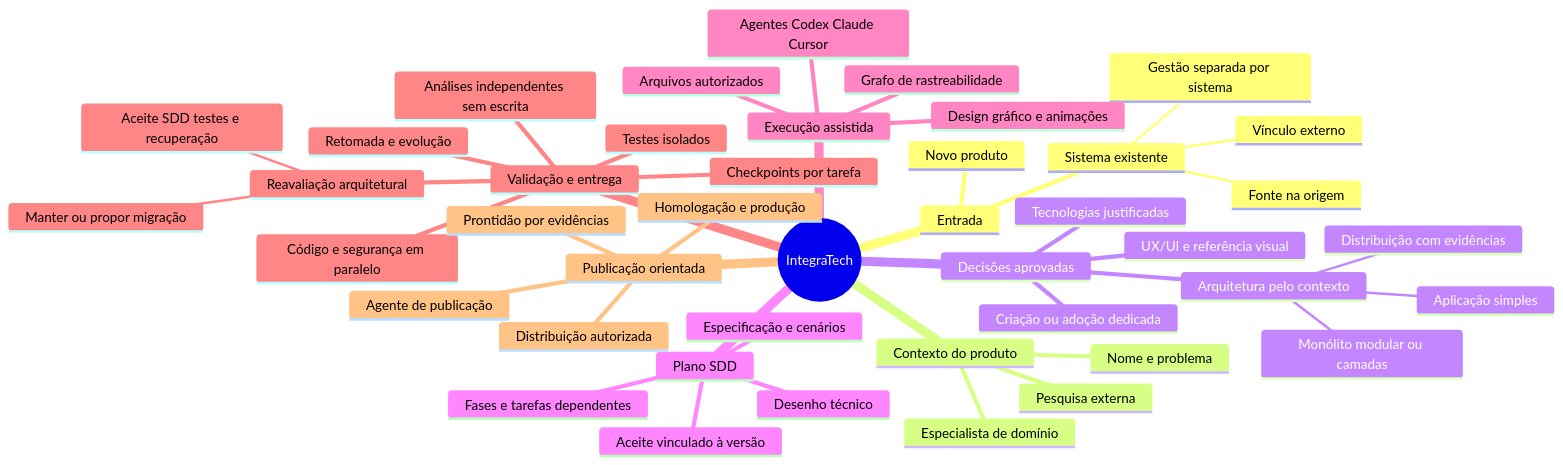
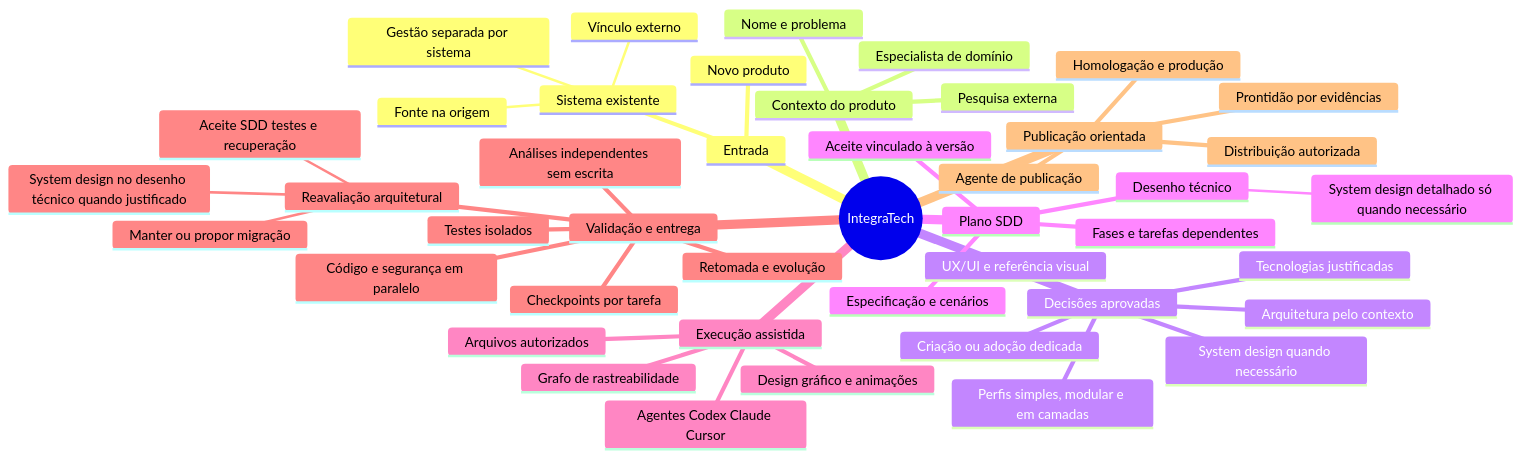
The diagram in README.md (erickcremona/IntegraTech), drawn with Mermaid before and after one commit. The commit also changed other lines of this file and 27 other files, not shown here.

Commit message:
feat: add contextual system design to SDD

````diff
--- a/README.md
+++ b/README.md
@@ -16,46 +16,47 @@
 ```mermaid
 mindmap
   root((IntegraTech))
     Entrada
       Novo produto
       Sistema existente
         Vínculo externo
         Fonte na origem
         Gestão separada por sistema
     Contexto do produto
       Nome e problema
       Pesquisa externa
       Especialista de domínio
     Decisões aprovadas
       Tecnologias justificadas
       Arquitetura pelo contexto
-        Aplicação simples
-        Monólito modular ou camadas
-        Distribuição com evidências
+      Perfis simples, modular e em camadas
+      System design quando necessário
       UX/UI e referência visual
       Criação ou adoção dedicada
     Plano SDD
       Especificação e cenários
       Desenho técnico
+        System design detalhado só quando necessário
       Fases e tarefas dependentes
       Aceite vinculado à versão
     Execução assistida
       Agentes Codex Claude Cursor
       Arquivos autorizados
       Grafo de rastreabilidade
       Design gráfico e animações
     Validação e entrega
       Testes isolados
       Código e segurança em paralelo
       Análises independentes sem escrita
       Checkpoints por tarefa
       Retomada e evolução
       Reavaliação arquitetural
         Manter ou propor migração
+        System design no desenho técnico quando justificado
         Aceite SDD testes e recuperação
     Publicação orientada
       Agente de publicação
       Prontidão por evidências
       Homologação e produção
       Distribuição autorizada
 ```
````
